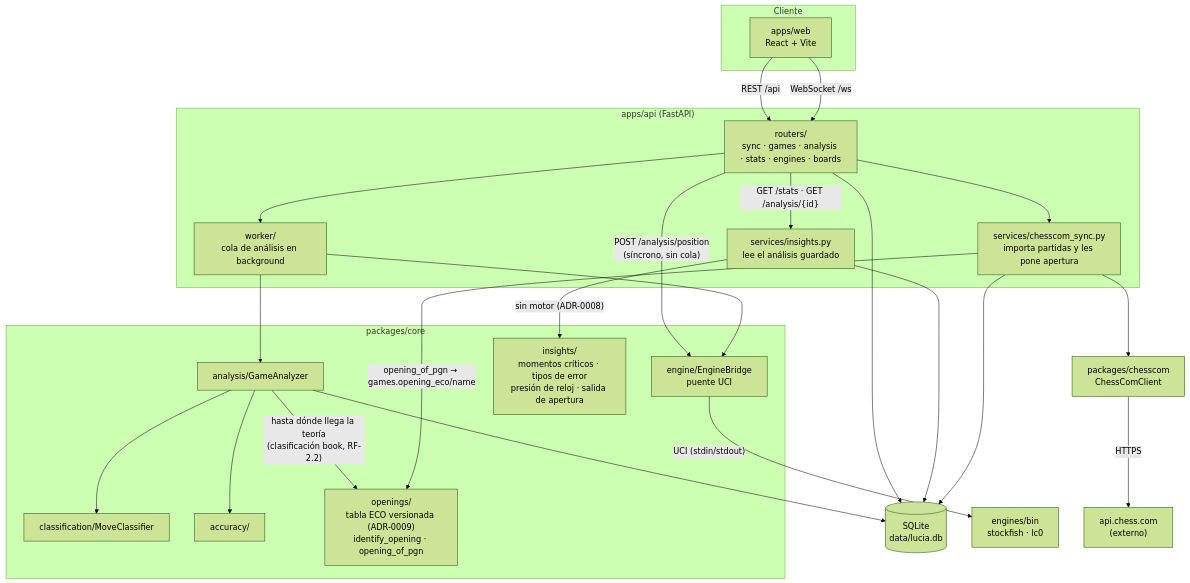
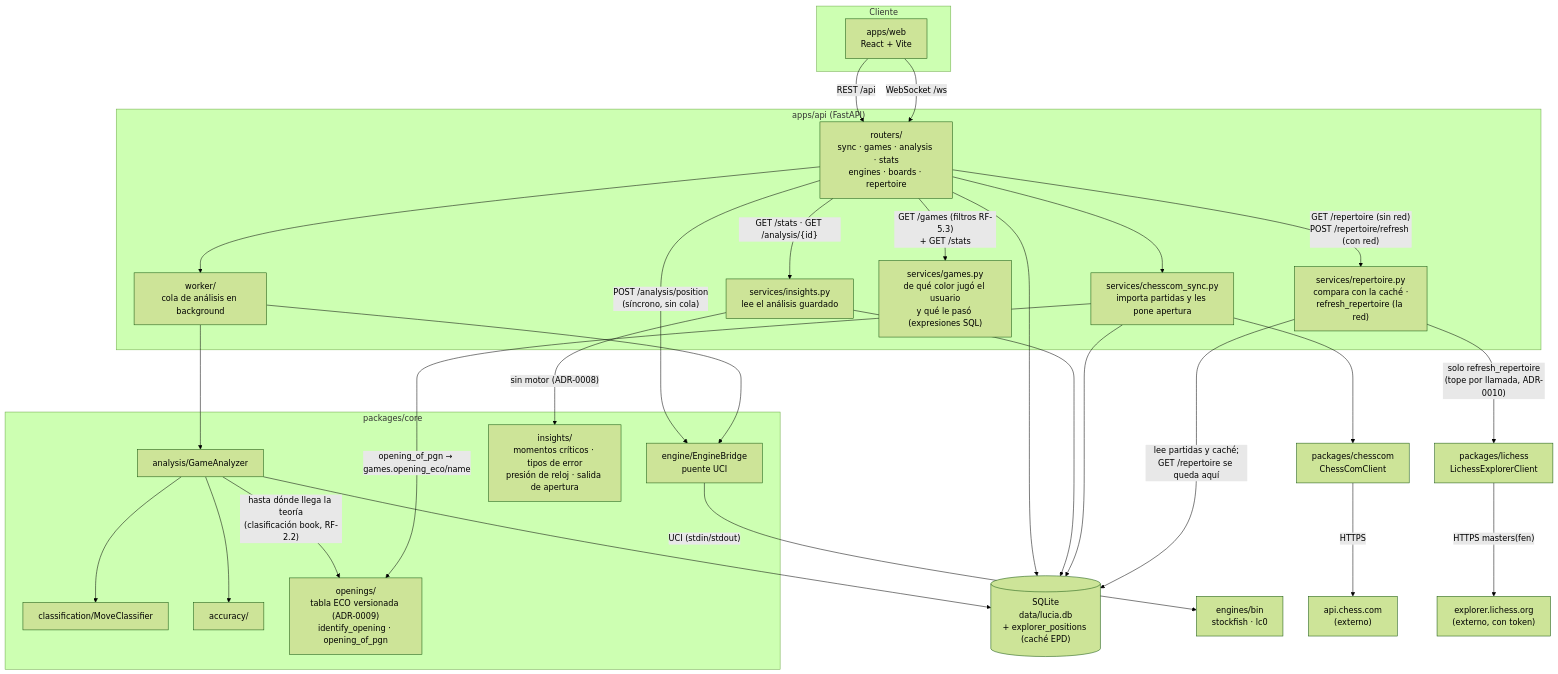
One commit to SirJsus/LUCIA changed the first of 9 diagrams in docs/06-mapa-del-proyecto.md. Above: the diagram before and after it, drawn with Mermaid (forest theme). The commit also changed other lines of this file and 48 other files, not shown here.

Commit message:
Comparacion con Lichess / Filtros

````diff
--- a/docs/06-mapa-del-proyecto.md
+++ b/docs/06-mapa-del-proyecto.md
@@ -24,48 +24,57 @@
 ```mermaid
 flowchart TB
     subgraph Cliente
         WEB["apps/web<br/>React + Vite"]
     end
 
     subgraph Servidor["apps/api (FastAPI)"]
-        ROUTERS["routers/<br/>sync · games · analysis · stats · engines · boards"]
+        ROUTERS["routers/<br/>sync · games · analysis · stats<br/>engines · boards · repertoire"]
         WORKER["worker/<br/>cola de análisis en background"]
         SVC_INSIGHTS["services/insights.py<br/>lee el análisis guardado"]
         SVC_SYNC["services/chesscom_sync.py<br/>importa partidas y les pone apertura"]
+        SVC_GAMES["services/games.py<br/>de qué color jugó el usuario<br/>y qué le pasó (expresiones SQL)"]
+        SVC_REP["services/repertoire.py<br/>compara con la caché ·<br/>refresh_repertoire (la red)"]
     end
 
     subgraph Nucleo["packages/core"]
         BRIDGE["engine/EngineBridge<br/>puente UCI"]
         ANALYSIS["analysis/GameAnalyzer"]
         CLASS["classification/MoveClassifier"]
         ACC["accuracy/"]
         INSIGHTS["insights/<br/>momentos críticos · tipos de error<br/>presión de reloj · salida de apertura"]
         OPENINGS["openings/<br/>tabla ECO versionada (ADR-0009)<br/>identify_opening · opening_of_pgn"]
     end
 
     CHESSCOM["packages/chesscom<br/>ChessComClient"]
-    DB[("SQLite<br/>data/lucia.db")]
+    LICHESS["packages/lichess<br/>LichessExplorerClient"]
+    DB[("SQLite<br/>data/lucia.db<br/>+ explorer_positions (caché EPD)")]
     ENGINES["engines/bin<br/>stockfish · lc0"]
     API_CHESSCOM["api.chess.com<br/>(externo)"]
+    API_LICHESS["explorer.lichess.org<br/>(externo, con token)"]
 
     WEB -- "REST /api" --> ROUTERS
     WEB -- "WebSocket /ws" --> ROUTERS
     ROUTERS --> WORKER
     ROUTERS --> DB
+    ROUTERS -- "GET /games (filtros RF-5.3)<br/>+ GET /stats" --> SVC_GAMES
     ROUTERS -- "GET /stats · GET /analysis/{id}" --> SVC_INSIGHTS
     SVC_INSIGHTS --> DB
     SVC_INSIGHTS -- "sin motor (ADR-0008)" --> INSIGHTS
     ROUTERS -- "POST /analysis/position<br/>(síncrono, sin cola)" --> BRIDGE
     WORKER --> BRIDGE
     WORKER --> ANALYSIS
     ANALYSIS --> CLASS
     ANALYSIS --> ACC
     ANALYSIS -- "hasta dónde llega la teoría<br/>(clasificación book, RF-2.2)" --> OPENINGS
     BRIDGE -- "UCI (stdin/stdout)" --> ENGINES
     ROUTERS --> SVC_SYNC
     SVC_SYNC --> CHESSCOM
     SVC_SYNC -- "opening_of_pgn → games.opening_eco/name" --> OPENINGS
     SVC_SYNC --> DB
     CHESSCOM -- "HTTPS" --> API_CHESSCOM
+    ROUTERS -- "GET /repertoire (sin red)<br/>POST /repertoire/refresh (con red)" --> SVC_REP
+    SVC_REP -- "lee partidas y caché;<br/>GET /repertoire se queda aquí" --> DB
+    SVC_REP -- "solo refresh_repertoire<br/>(tope por llamada, ADR-0010)" --> LICHESS
+    LICHESS -- "HTTPS masters(fen)" --> API_LICHESS
     ANALYSIS --> DB
 ```
````
